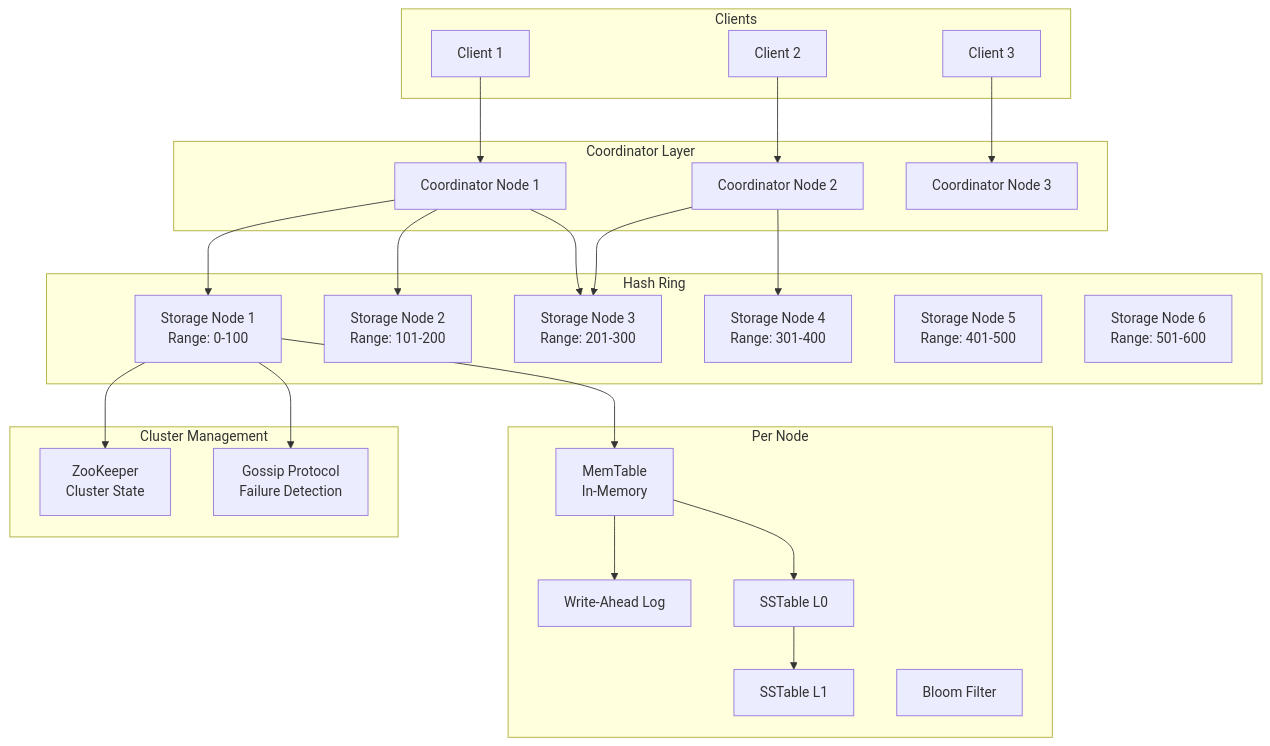
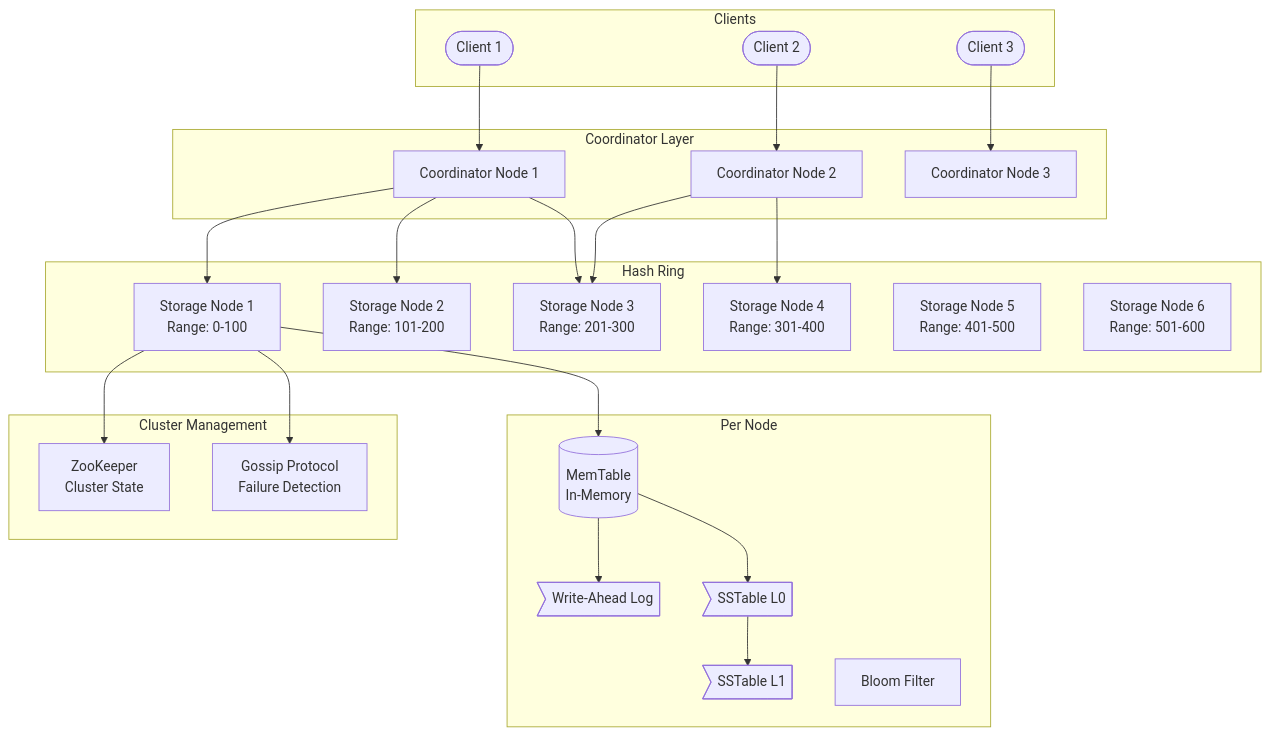
One commit to ShanmugaGanesh1999/Portfolio changed the diagram in docs/prep/System Design/06-Case-Studies/13-key-value-store.md. Above: the diagram before and after it, drawn with Mermaid. The commit also changed 40 other files, not shown here.

First line of the commit message:
Refactor diagram node rendering to use reusable shape components

````diff
--- a/docs/prep/System Design/06-Case-Studies/13-key-value-store.md
+++ b/docs/prep/System Design/06-Case-Studies/13-key-value-store.md
@@ -51,51 +51,51 @@
 ```mermaid
 graph TD
     subgraph Clients
-        C1[Client 1]
-        C2[Client 2]
-        C3[Client 3]
+        C1([Client 1])
+        C2([Client 2])
+        C3([Client 3])
     end
     
     subgraph Coordinator Layer
         COORD1[Coordinator Node 1]
         COORD2[Coordinator Node 2]
         COORD3[Coordinator Node 3]
     end
     
     subgraph Hash Ring
         N1[Storage Node 1<br/>Range: 0-100]
         N2[Storage Node 2<br/>Range: 101-200]
         N3[Storage Node 3<br/>Range: 201-300]
         N4[Storage Node 4<br/>Range: 301-400]
         N5[Storage Node 5<br/>Range: 401-500]
         N6[Storage Node 6<br/>Range: 501-600]
     end
     
     subgraph Per Node
-        MEM[MemTable<br/>In-Memory]
-        WAL[Write-Ahead Log]
-        SST1[SSTable L0]
-        SST2[SSTable L1]
+        MEM[(MemTable<br/>In-Memory)]
+        WAL>Write-Ahead Log]
+        SST1>SSTable L0]
+        SST2>SSTable L1]
         BLOOM[Bloom Filter]
     end
     
     subgraph Cluster Management
         ZK[ZooKeeper<br/>Cluster State]
         GOSSIP[Gossip Protocol<br/>Failure Detection]
     end
     
     C1 --> COORD1
     C2 --> COORD2
     C3 --> COORD3
     COORD1 --> N1
     COORD1 --> N2
     COORD1 --> N3
     COORD2 --> N3
     COORD2 --> N4
     N1 --> MEM
     MEM --> WAL
     MEM --> SST1
     SST1 --> SST2
     N1 --> ZK
     N1 --> GOSSIP
 ```
````
